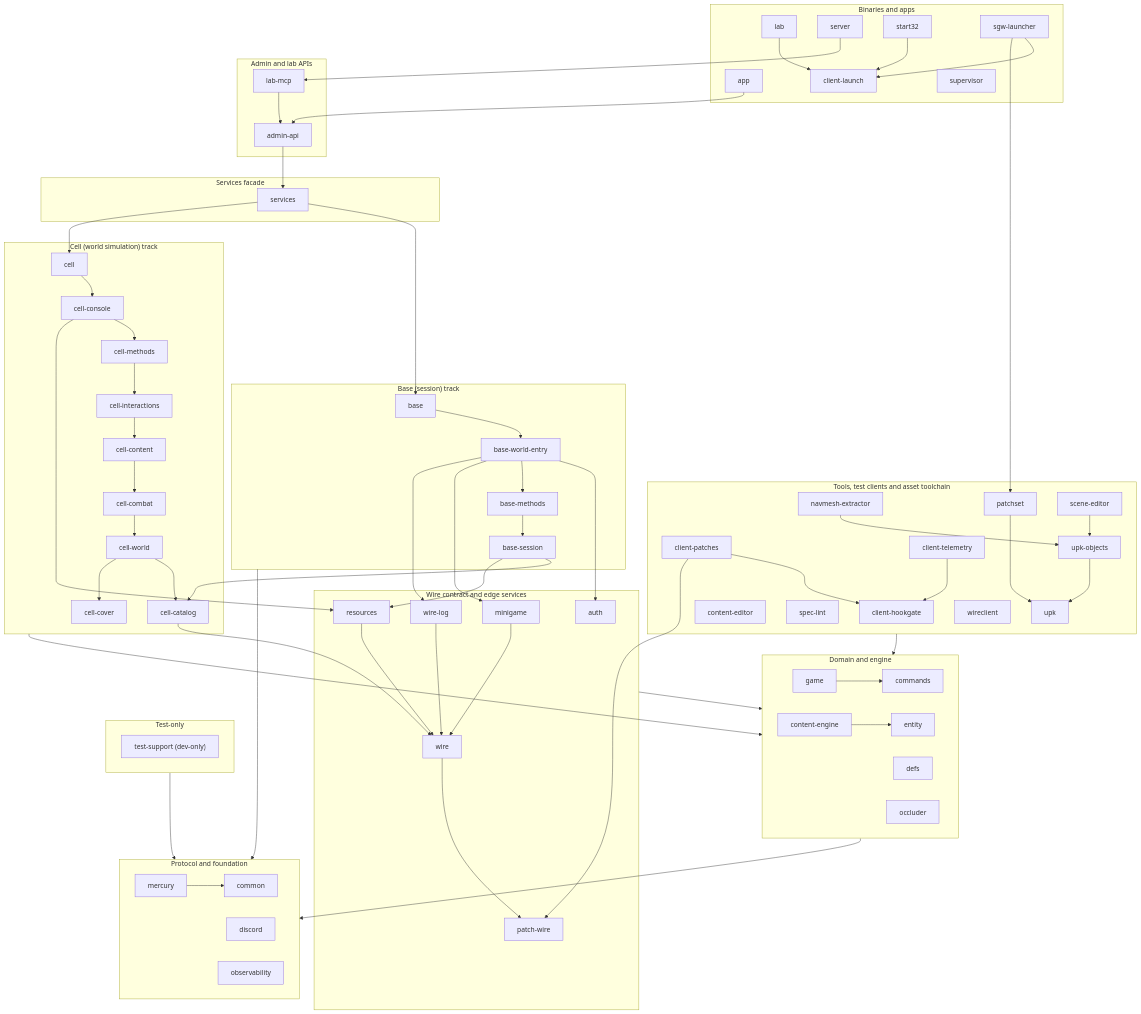
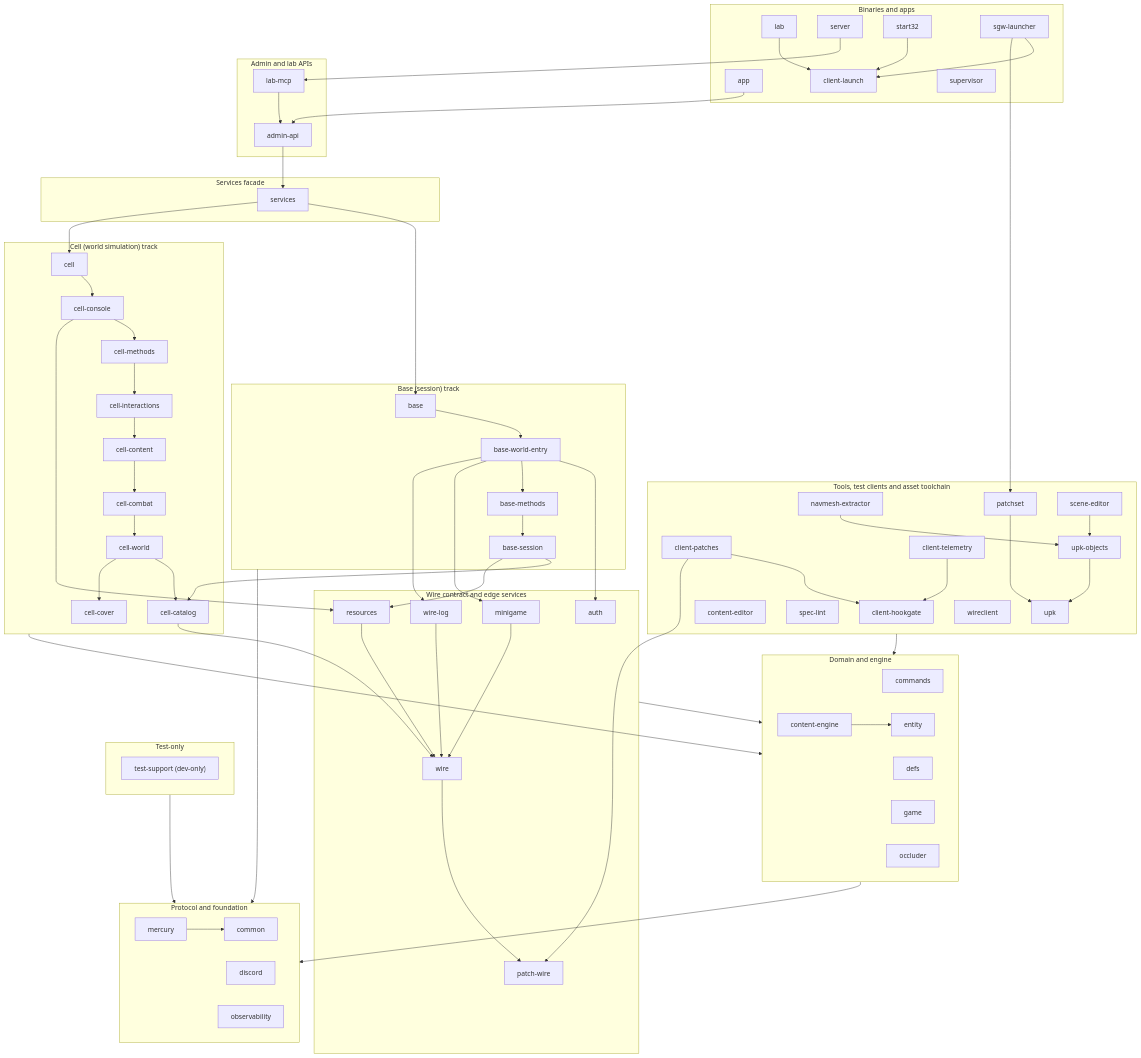
One commit to SandboxServers/Cimmeria changed the diagram in README.md. Above: the diagram before and after it, drawn with Mermaid. The commit also changed other lines of this file and 4 other files, not shown here.

```diff
--- a/README.md
+++ b/README.md
@@ -193,7 +193,6 @@
     clientPatches --> patchWire
     clientTelemetry --> clientHookgate
     contentEngine --> entity
-    game --> commands
     lab --> clientLaunch
     labMcp --> adminApi
     mercury --> common
```
